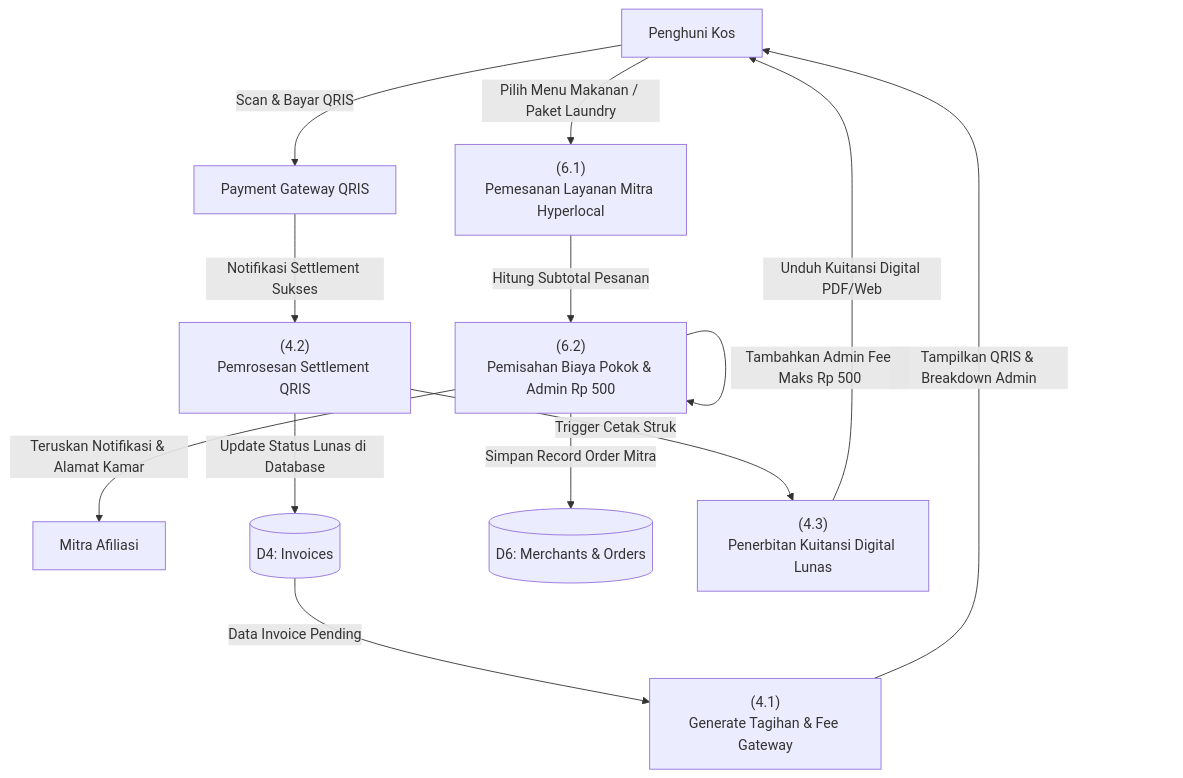
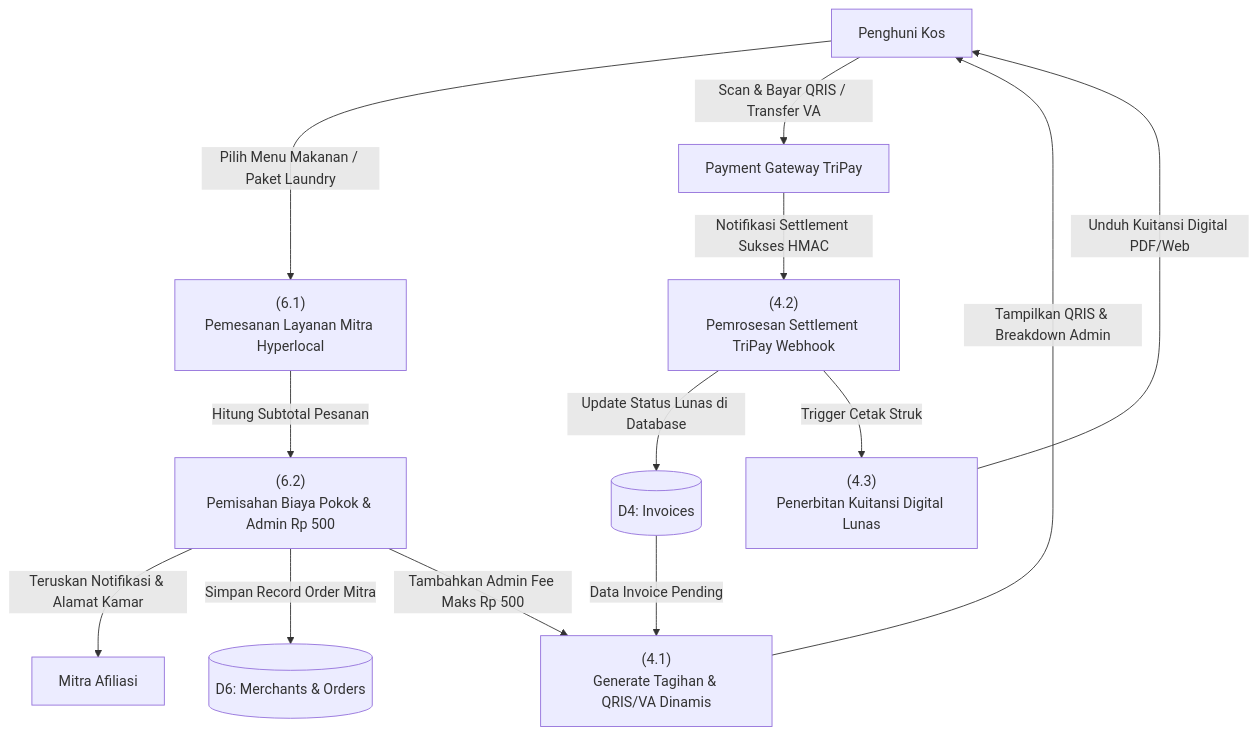
Before and after one commit to renartacayle/kostku: the fifth of 7 diagrams in docs/SKPL_KostKu.md, drawn with Mermaid. The commit also changed other lines of this file and 191 other files, not shown here.

````diff
--- a/docs/SKPL_KostKu.md
+++ b/docs/SKPL_KostKu.md
@@ -417,30 +453,31 @@
 ```mermaid
 flowchart TD
     AK["Penghuni Kos"]
+    PG["Payment Gateway TriPay"]
     MT["Mitra Afiliasi"]
-    PG["Payment Gateway QRIS"]
+
+    P41["(4.1)<br>Generate Tagihan & QRIS/VA Dinamis"]
+    P42["(4.2)<br>Pemrosesan Settlement TriPay Webhook"]
+    P43["(4.3)<br>Penerbitan Kuitansi Digital Lunas"]
+
+    P61["(6.1)<br>Pemesanan Layanan Mitra Hyperlocal"]
+    P62["(6.2)<br>Pemisahan Biaya Pokok & Admin Rp 500"]
+
     D4[("D4: Invoices")]
     D6[("D6: Merchants & Orders")]
 
-    P41["(4.1)<br>Generate Tagihan & Fee Gateway"]
-    P42["(4.2)<br>Pemrosesan Settlement QRIS"]
-    P43["(4.3)<br>Penerbitan Kuitansi Digital Lunas"]
-    P61["(6.1)<br>Pemesanan Layanan Mitra Hyperlocal"]
-    P62["(6.2)<br>Pemisahan Biaya Pokok & Admin Rp 500"]
+    AK -->|Pilih Menu Makanan / Paket Laundry| P61
+    P61 -->|Hitung Subtotal Pesanan| P62
+    P62 -->|Teruskan Notifikasi & Alamat Kamar| MT
+    P62 -->|Simpan Record Order Mitra| D6
+    P62 -->|Tambahkan Admin Fee Maks Rp 500| P41
 
-    %% Tagihan Sewa
     D4 -->|Data Invoice Pending| P41
     P41 -->|Tampilkan QRIS & Breakdown Admin| AK
-    AK -->|Scan & Bayar QRIS| PG
-    PG -->|Notifikasi Settlement Sukses| P42
+
+    AK -->|Scan & Bayar QRIS / Transfer VA| PG
+    PG -->|Notifikasi Settlement Sukses HMAC| P42
     P42 -->|Update Status Lunas di Database| D4
     P42 -->|Trigger Cetak Struk| P43
     P43 -->|Unduh Kuitansi Digital PDF/Web| AK
-
-    %% Pesanan Mitra
-    AK -->|Pilih Menu Makanan / Paket Laundry| P61
-    P61 -->|Hitung Subtotal Pesanan| P62
-    P62 -->|Tambahkan Admin Fee Maks Rp 500| P62
-    P62 -->|Simpan Record Order Mitra| D6
-    P62 -->|Teruskan Notifikasi & Alamat Kamar| MT
 ```
````
